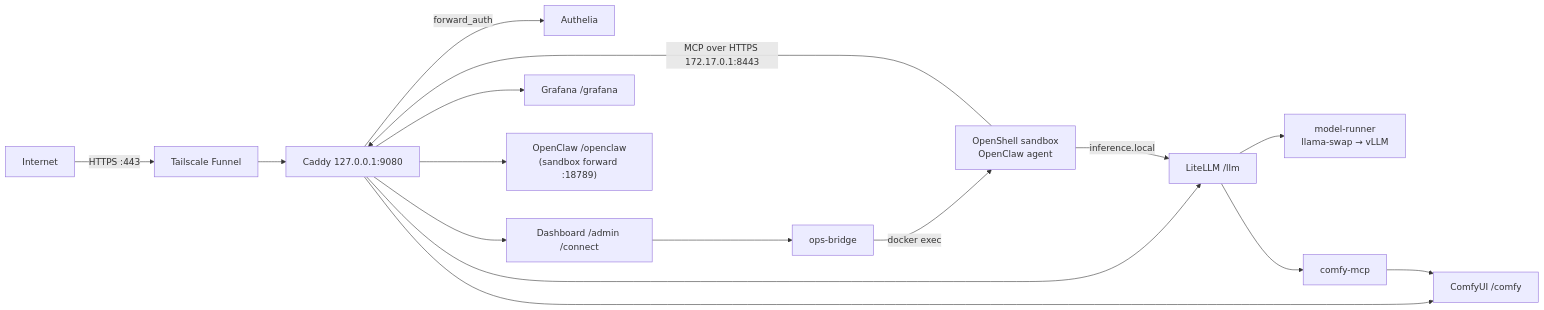
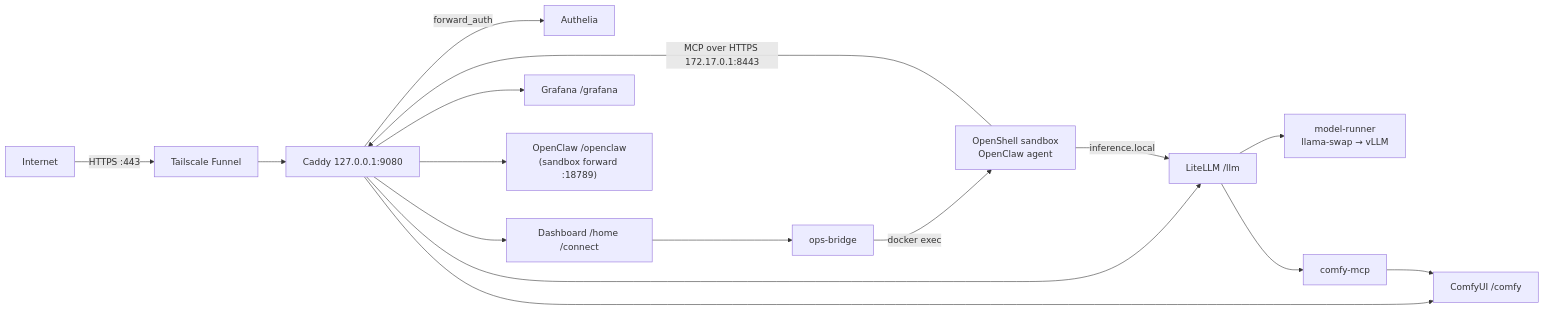
Before and after one commit to ravikiranvs/gb10-ai-stack: the diagram in gb10-agent-stack.md, drawn with Mermaid. The commit also changed other lines of this file and 10 other files, not shown here.

First line of the commit message:
Make the dashboard the landing page at /home for admins and users

````diff
--- a/gb10-agent-stack.md
+++ b/gb10-agent-stack.md
@@ -7,16 +7,16 @@
 ```mermaid
 flowchart LR
     NET["Internet"] -->|"HTTPS :443"| TS["Tailscale Funnel"]
     TS --> CD["Caddy 127.0.0.1:9080"]
     CD -->|forward_auth| AU["Authelia"]
-    CD --> DB["Dashboard /admin /connect"]
+    CD --> DB["Dashboard /home /connect"]
     CD --> GF["Grafana /grafana"]
     CD --> CU["ComfyUI /comfy"]
     CD --> LL["LiteLLM /llm"]
     CD --> OC["OpenClaw /openclaw<br/>(sandbox forward :18789)"]
     LL --> MR["model-runner<br/>llama-swap → vLLM"]
     LL --> MCP["comfy-mcp"] --> CU
     SB["OpenShell sandbox<br/>OpenClaw agent"] -->|"inference.local"| LL
     SB -->|"MCP over HTTPS 172.17.0.1:8443"| CD
     DB --> OB["ops-bridge"] -->|docker exec| SB
 ```
````
